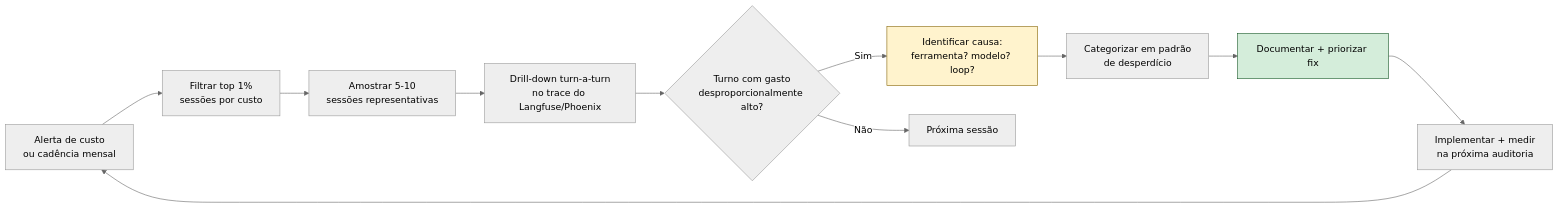
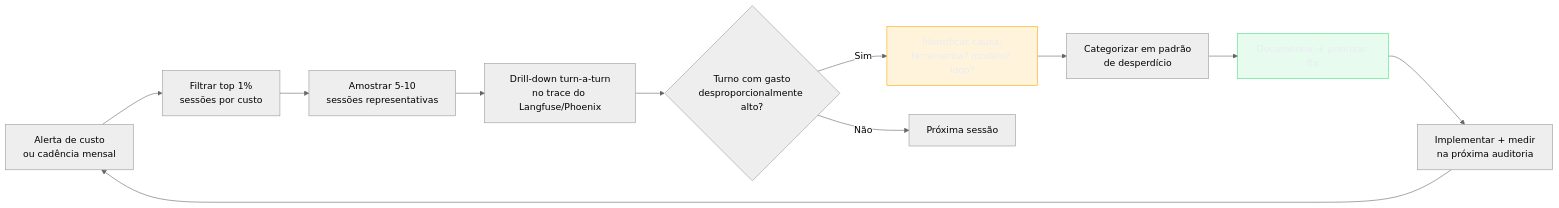
The diagram in 03-Dominios/Tecnologia/IA/Economia de Tokens/16 - Auditoria de consumo.md (josenaldo/codex-technomanticus), drawn with Mermaid (neutral theme) before and after one commit. The commit also changed 1181 other files, not shown here.

First line of the commit message:
fix(diagramas): paleta do sistema no lugar de cor cravada no markdown

````diff
--- a/03-Dominios/Tecnologia/IA/Economia de Tokens/16 - Auditoria de consumo.md
+++ b/03-Dominios/Tecnologia/IA/Economia de Tokens/16 - Auditoria de consumo.md
@@ -32,16 +32,18 @@
 ```mermaid
 flowchart LR
+    classDef destaque fill:#FFAA0024,stroke:#FFAA00,color:#E9ECF2
+    classDef ok fill:#4ADE8021,stroke:#4ADE80,color:#E9ECF2
     A["Alerta de custo\nou cadência mensal"] --> B["Filtrar top 1%\nsessões por custo"]
     B --> C["Amostrar 5-10\nsessões representativas"]
     C --> D["Drill-down turn-a-turn\nno trace do Langfuse/Phoenix"]
     D --> E{"Turno com gasto\ndesproporcionalmente alto?"}
     E -->|Sim| F["Identificar causa:\nferramenta? modelo? loop?"]
     E -->|Não| G["Próxima sessão"]
     F --> H["Categorizar em padrão\nde desperdício"]
     H --> I["Documentar + priorizar fix"]
     I --> J["Implementar + medir\nna próxima auditoria"]
     J --> A
 
-    style F fill:#fff3cd,stroke:#856404
-    style I fill:#d4edda,stroke:#155724
+    class F destaque
+    class I ok
 ```
````
